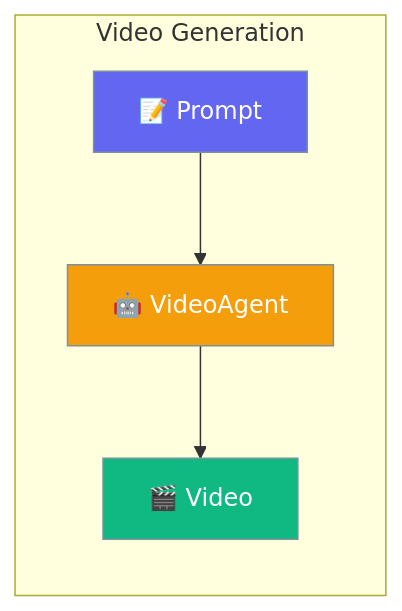
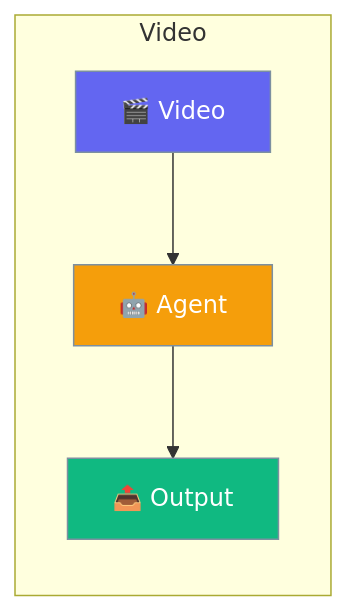
Before and after one commit to MervinPraison/PraisonAIDocs: the diagram in docs/rust/video.mdx, drawn with Mermaid. The commit also changed other lines of this file and 87 other files, not shown here.

````diff
--- a/docs/rust/video.mdx
+++ b/docs/rust/video.mdx
@@ -10,15 +10,15 @@
 ```mermaid
 graph LR
-    subgraph "Video Generation"
-        P[📝 Prompt] --> A[🤖 VideoAgent]
-        A --> V[🎬 Video]
+    subgraph "Video"
+        V[🎬 Video] --> A[🤖 Agent]
+        A --> O[📤 Output]
     end
     
-    classDef input fill:#6366F1,stroke:#7C90A0,color:#fff
+    classDef video fill:#6366F1,stroke:#7C90A0,color:#fff
     classDef agent fill:#F59E0B,stroke:#7C90A0,color:#fff
     classDef output fill:#10B981,stroke:#7C90A0,color:#fff
     
-    class P input
+    class V video
     class A agent
-    class V output
+    class O output
 ```
````
